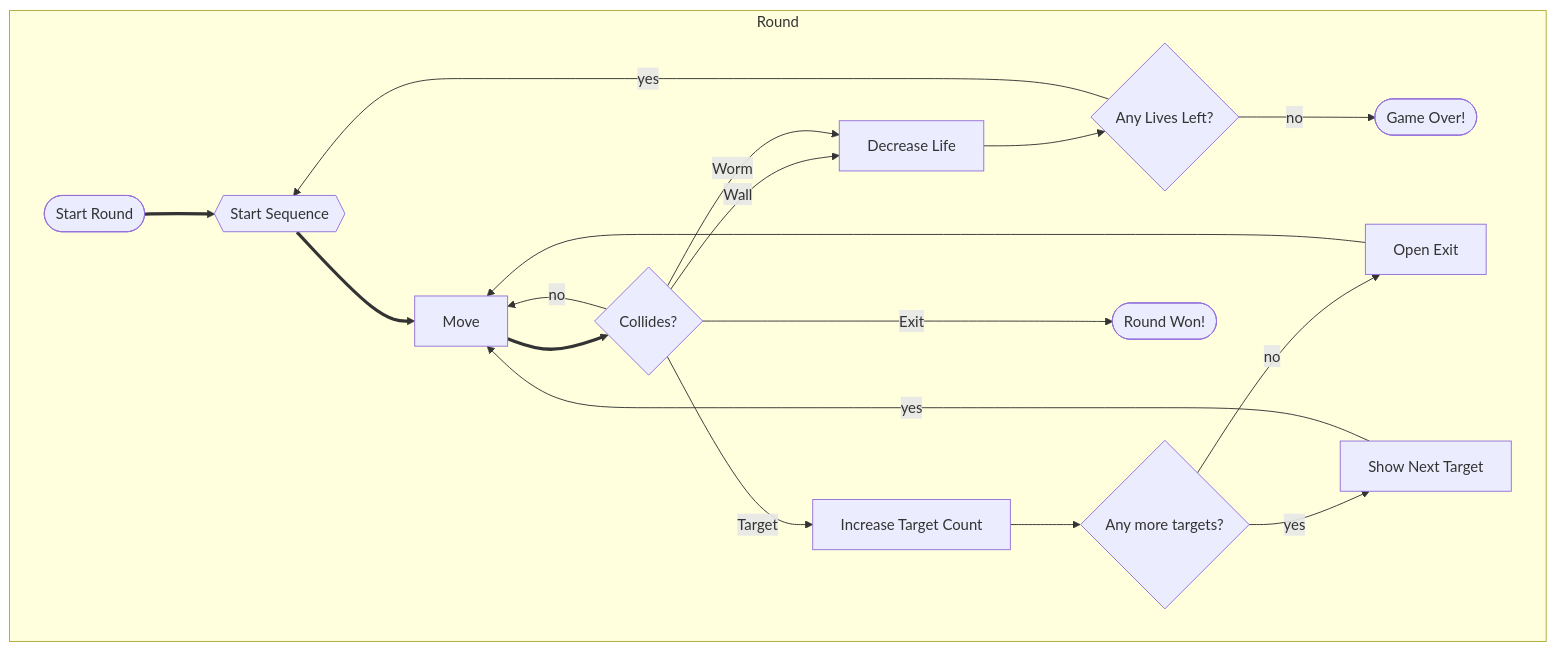
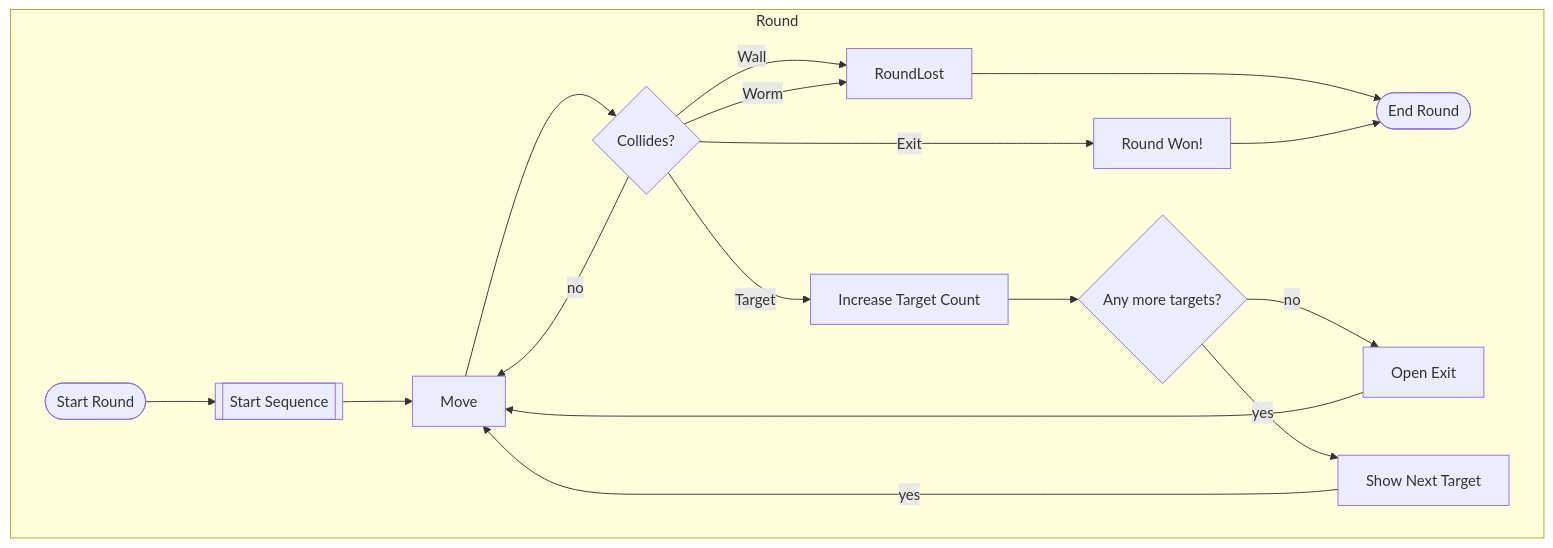
The second of 2 diagrams in MECHANICS.md (htho/wibbles), drawn with Mermaid before and after one commit. The commit also changed other lines of this file and 1 other file, not shown here.

Commit message:
update flowchart

````diff
--- a/MECHANICS.md
+++ b/MECHANICS.md
@@ -27,24 +38,23 @@
 ```mermaid
 flowchart TD
 subgraph Round
-    startRound(["Start Round"]) ==> startSequence{{"Start Sequence"}}
-    startSequence ==> move[Move]
+    startRound(["Start Round"]) --> startSequence[["Start Sequence"]]
+    startSequence --> move[Move]
 
-    move ==> collides{Collides?}
+    move --> collides{Collides?}
     collides --> |no| move
     
-    collides --> |Wall| decLife
-    collides --> |Worm| decLife
-    decLife[Decrease Life] --> livesLeft{Any Lives Left?}
-    livesLeft --> |yes| startSequence
-    livesLeft --> |no| gameOver([Game Over!])
-    
+    collides --> |Wall| roundLost
+    collides --> |Worm| roundLost
+    roundLost[RoundLost] --> endRound([End Round])
+
     collides --> |Target| incTargetCount[Increase Target Count]
     incTargetCount --> targetsLeft{Any more targets?}
     targetsLeft --> |no| openExit
     openExit["Open Exit"] --> move
-    collides ---> |Exit| roundWon([Round Won!])
+    collides ---> |Exit| roundWon[Round Won!]
     targetsLeft --> |yes| showNextTarget[Show Next Target]
     showNextTarget --> |yes| move
+    roundWon --> endRound
 end
 ```
````
